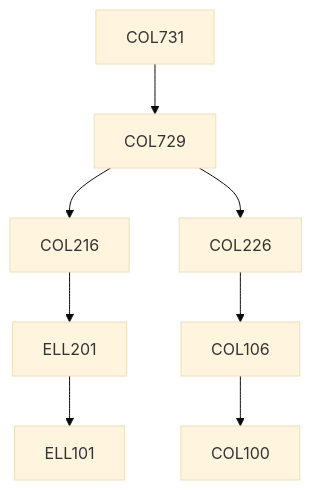
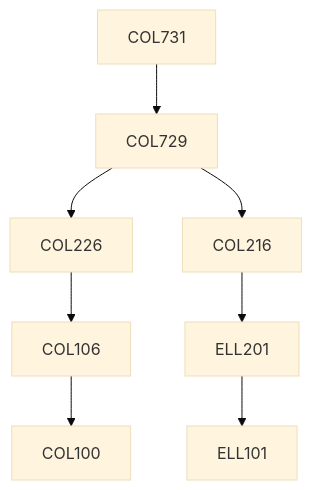
The diagram in content/Computer Science and Engineering/COL731.md (KeshavBansal0122/CoS_Website), drawn with Mermaid (base theme) before and after one commit. The commit also changed other lines of this file and 2667 other files, not shown here.

````diff
--- a/content/Computer Science and Engineering/COL731.md
+++ b/content/Computer Science and Engineering/COL731.md
@@ -15,10 +13,14 @@
 ```mermaid
-graph TD
-COL731 --> COL729
-COL729 --> COL216
-COL216 --> ELL201
-ELL201 --> ELL101
-COL729 --> COL226
-COL226 --> COL106
-COL106 --> COL100
+flowchart TD
+COL731-204[COL731]
+COL729-204 --> COL226-204[COL226]
+ELL201-204 --> ELL101-204[ELL101]
+COL226-204 --> COL106-204[COL106]
+COL729-204 --> COL216-204[COL216]
+COL216-204 --> ELL201-204[ELL201]
+COL731-204 --> COL729-204[COL729]
+COL106-204 --> COL100-204[COL100]
+
+classDef empty height:17px, fill:transparent, stroke:transparent;
+classDef trueEmpty height:0px, width:0px;
 ```
````
